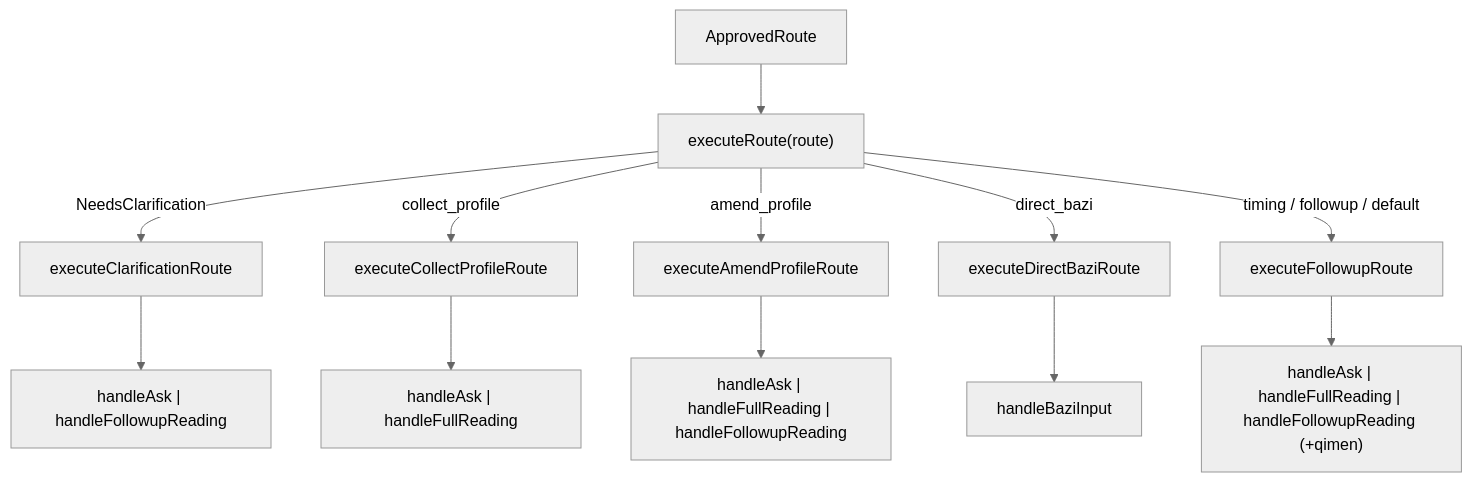
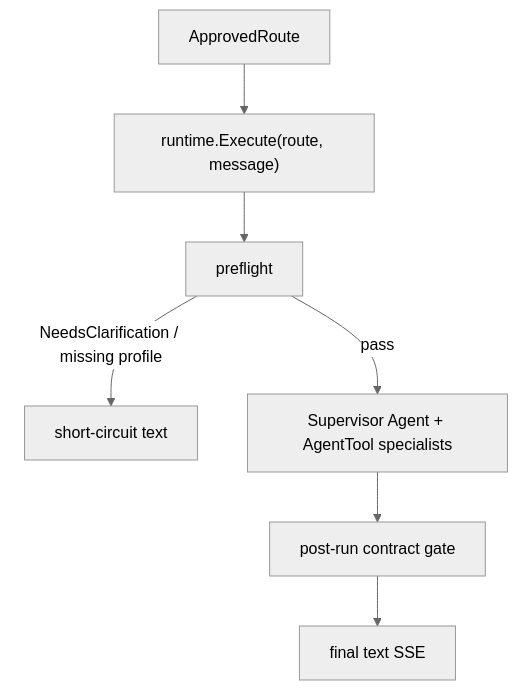
Before and after one commit to observer-mimiron/suanming-agent: the fourth of 5 diagrams in docs/architecture/supervisor/02-routing-model.md, drawn with Mermaid (neutral theme). The commit also changed other lines of this file and 102 other files, not shown here.

````diff
--- a/docs/architecture/supervisor/02-routing-model.md
+++ b/docs/architecture/supervisor/02-routing-model.md
@@ -107,14 +134,9 @@
 ```mermaid
 flowchart TD
-    R["ApprovedRoute"] --> EX["executeRoute(route)"]
-    EX -->|NeedsClarification| CL["executeClarificationRoute"]
-    EX -->|collect_profile| CP["executeCollectProfileRoute"]
-    EX -->|amend_profile| AP["executeAmendProfileRoute"]
-    EX -->|direct_bazi| DB["executeDirectBaziRoute"]
-    EX -->|timing / followup / default| FU["executeFollowupRoute"]
-    CL --> H1["handleAsk | handleFollowupReading"]
-    CP --> H2["handleAsk | handleFullReading"]
-    AP --> H3["handleAsk | handleFullReading | handleFollowupReading"]
-    DB --> H4["handleBaziInput"]
-    FU --> H5["handleAsk | handleFullReading | handleFollowupReading (+qimen)"]
+    R["ApprovedRoute"] --> EX["runtime.Execute(route, message)"]
+    EX --> PF["preflight"]
+    PF -->|NeedsClarification / missing profile| CL["short-circuit text"]
+    PF -->|pass| AG["Supervisor Agent + AgentTool specialists"]
+    AG --> VG["post-run contract gate"]
+    VG --> O["final text SSE"]
 ```
````
